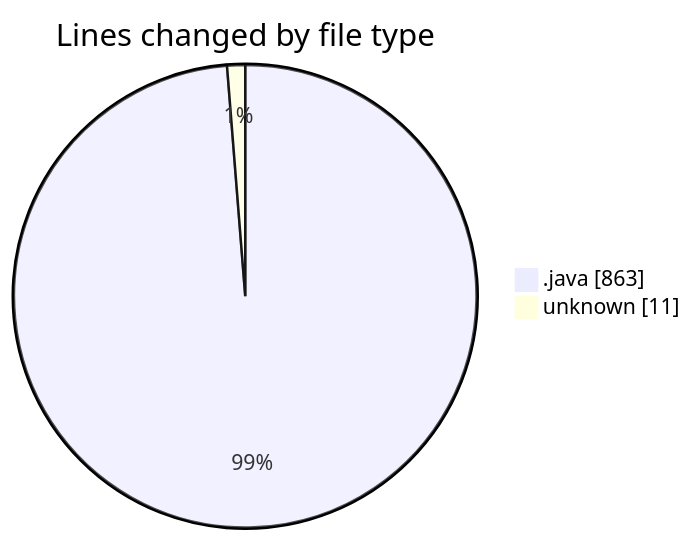
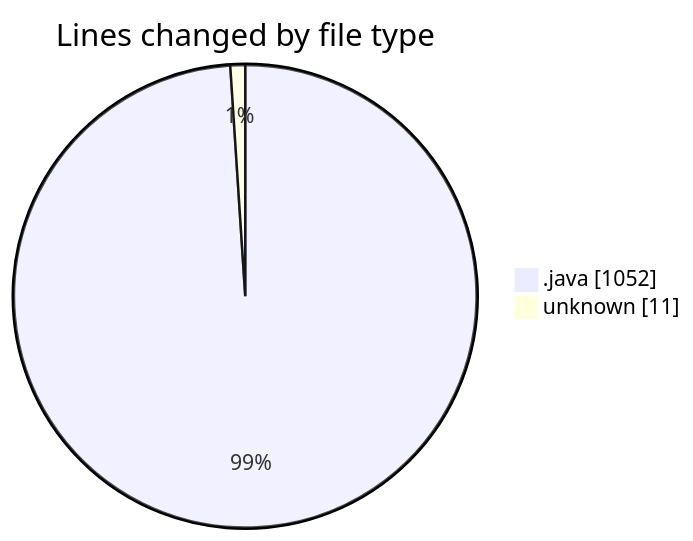
Before and after one commit to ricardozamudiocil/code-tracking: the first of 2 diagrams in 2026-04-27/cilapp/README.md, drawn with Mermaid. The commit also changed other lines of this file and 1 other file, not shown here.

````diff
--- a/2026-04-27/cilapp/README.md
+++ b/2026-04-27/cilapp/README.md
@@ -22,6 +22,6 @@
 ```mermaid
 pie showData
 title Lines changed by file type
-".java" : 863
+".java" : 1052
 "unknown" : 11
 ```
````
